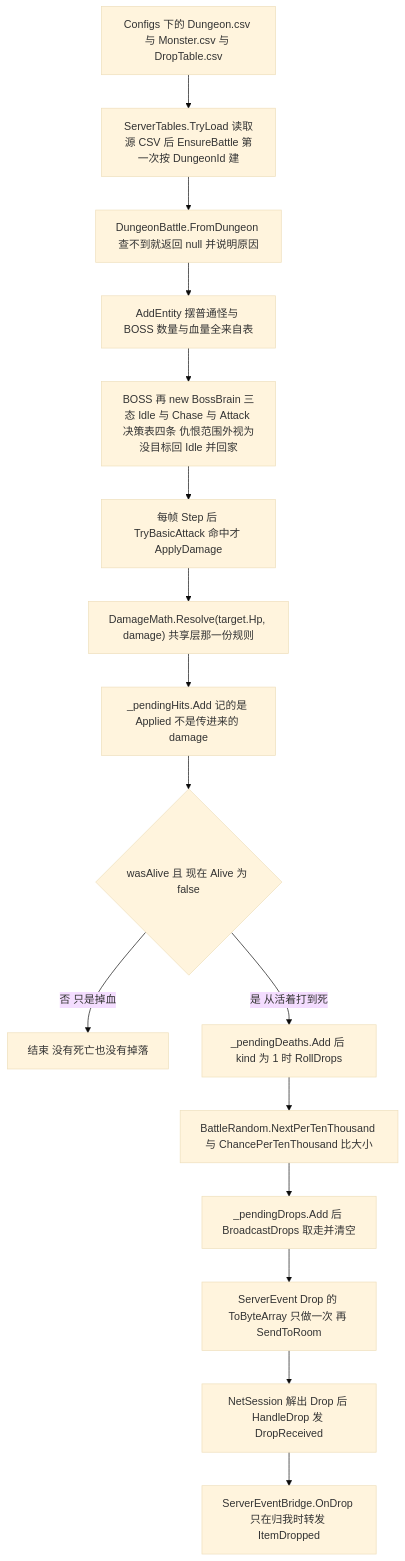
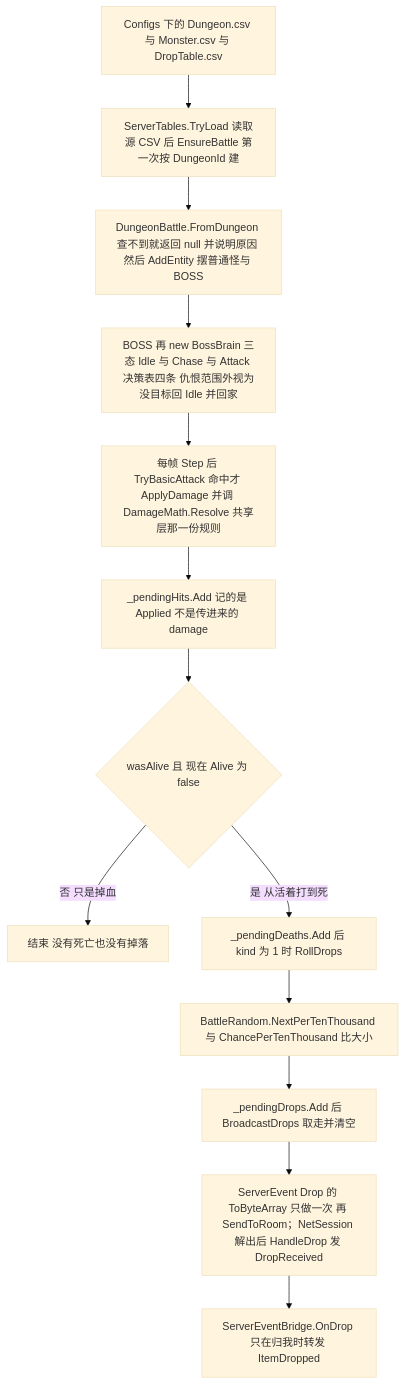
One commit to FridayNoob/NBC-3D-Networked-Battle changed the second of 2 diagrams in Docs/教学/M3-C-副本与掉落.md. Above: the diagram before and after it, drawn with Mermaid (base theme). The commit also changed other lines of this file and 2 other files, not shown here.

Commit message:
M3-C 收尾 + README 措辞：把"凑行数"丢掉的名字补回来（附节仍 120 行）
- M3-C：删掉与引用块重复的同义 ⚠️ 行；3 对连线节点各并成一条（D→E→F / G→H→I / P→Q→R）；
  引用块里的 ASCII 双引号改成「」。
  ⚠️ 但合并时**丢了 API 名字**（DungeonBattle.FromDungeon → FromDungeon、ToByteArray、
  NetSession.HandleDrop）—— 已补回，**行数仍是 120**（信息与预算不冲突）。
- ⚠️ 那条"附节 60~120 行"的规则**不是本项目规则**：全仓库唯一的 60~120 是需求文档里的
  FPS 区间。⇒ 判据：**"规则"先在仓库里找出处**；**别用"删信息"去凑指标**。
  另：名字核对闸门抓不到这类损失（图里不再写这个名字，闸门当然不报）—— 这是它的固有边界。
- README：两处残留措辞修正 —— "每篇末尾" → "多数在篇末，M3-C 因后来追加了「BOSS 决策表」
  那节现不在最末尾"（对 M3-C 原来的说法已不成立）；"20 多张 SVG" → "**32 张**"
  （核对：仅校验的那批正好 32 块 = 15 篇 × 2 图，6 块产物另算）。
  数字对账一致：27 篇 / 15 篇有图 / 32 张 mermaid。
- 顺手补 3 处上次漏掉的行号引用（逐条读出来核对过）：
  M3-C 导读 DungeonBattle.cs:745 → :825（该行确实是 DamageMath.Resolve）；
  M3-A 面试版 FrameCodec.cs:53/:56 指向的是 #nullable disable / using System ——引错了
  → 改成 :29~:41（三条约定）+ :142（手写小端）+ :280（超限）+ :296（0 长度帧）。
- .dsh-tmp\verify-figs.ps1 再删一次：名字核对的**唯一出处**是 Docs\图\render.ps1
  （两份实现迟早不一致）。

闸门：render 38 块 0 失败（含名字核对）、DocTables 0、DocLinks 0 BROKEN、脚本编码 0。

````diff
--- a/Docs/教学/M3-C-副本与掉落.md
+++ b/Docs/教学/M3-C-副本与掉落.md
@@ -272,18 +271,15 @@
 ```mermaid
 flowchart TD
     A["Configs 下的 Dungeon.csv 与 Monster.csv 与 DropTable.csv"] --> D["ServerTables.TryLoad 读取源 CSV 后 EnsureBattle 第一次按 DungeonId 建"]
-    D --> E["DungeonBattle.FromDungeon 查不到就返回 null 并说明原因"]
-    E --> F["AddEntity 摆普通怪与 BOSS 数量与血量全来自表"]
+    D --> F["DungeonBattle.FromDungeon 查不到就返回 null 并说明原因 然后 AddEntity 摆普通怪与 BOSS"]
     F --> G["BOSS 再 new BossBrain 三态 Idle 与 Chase 与 Attack 决策表四条 仇恨范围外视为没目标回 Idle 并回家"]
-    G --> H["每帧 Step 后 TryBasicAttack 命中才 ApplyDamage"]
-    H --> I["DamageMath.Resolve(target.Hp, damage) 共享层那一份规则"]
+    G --> I["每帧 Step 后 TryBasicAttack 命中才 ApplyDamage 并调 DamageMath.Resolve 共享层那一份规则"]
     I --> K["_pendingHits.Add 记的是 Applied 不是传进来的 damage"]
     K --> L{"wasAlive 且 现在 Alive 为 false"}
     L -->|"否 只是掉血"| M["结束 没有死亡也没有掉落"]
     L -->|"是 从活着打到死"| N["_pendingDeaths.Add 后 kind 为 1 时 RollDrops"]
     N --> O["BattleRandom.NextPerTenThousand 与 ChancePerTenThousand 比大小"]
     O --> P["_pendingDrops.Add 后 BroadcastDrops 取走并清空"]
-    P --> Q["ServerEvent Drop 的 ToByteArray 只做一次 再 SendToRoom"]
-    Q --> R["NetSession 解出 Drop 后 HandleDrop 发 DropReceived"]
+    P --> R["ServerEvent Drop 的 ToByteArray 只做一次 再 SendToRoom；NetSession 解出后 HandleDrop 发 DropReceived"]
     R --> S["ServerEventBridge.OnDrop 只在归我时转发 ItemDropped"]
 ```
````
